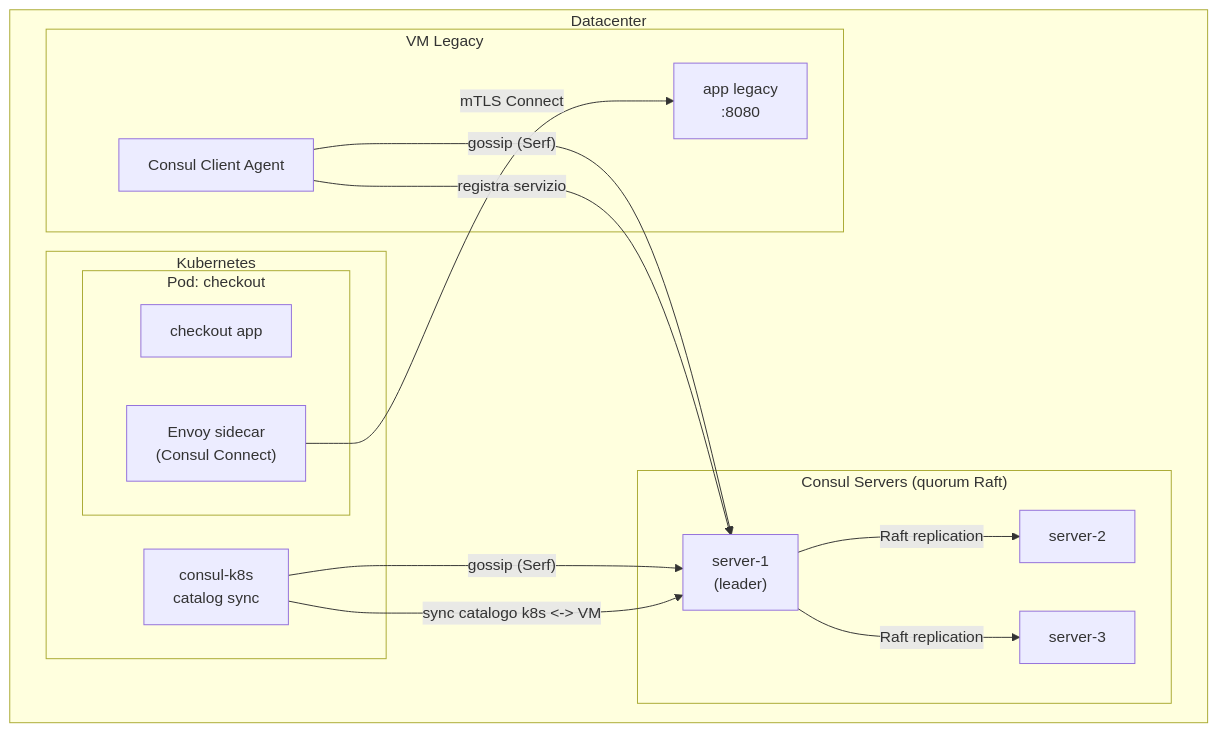
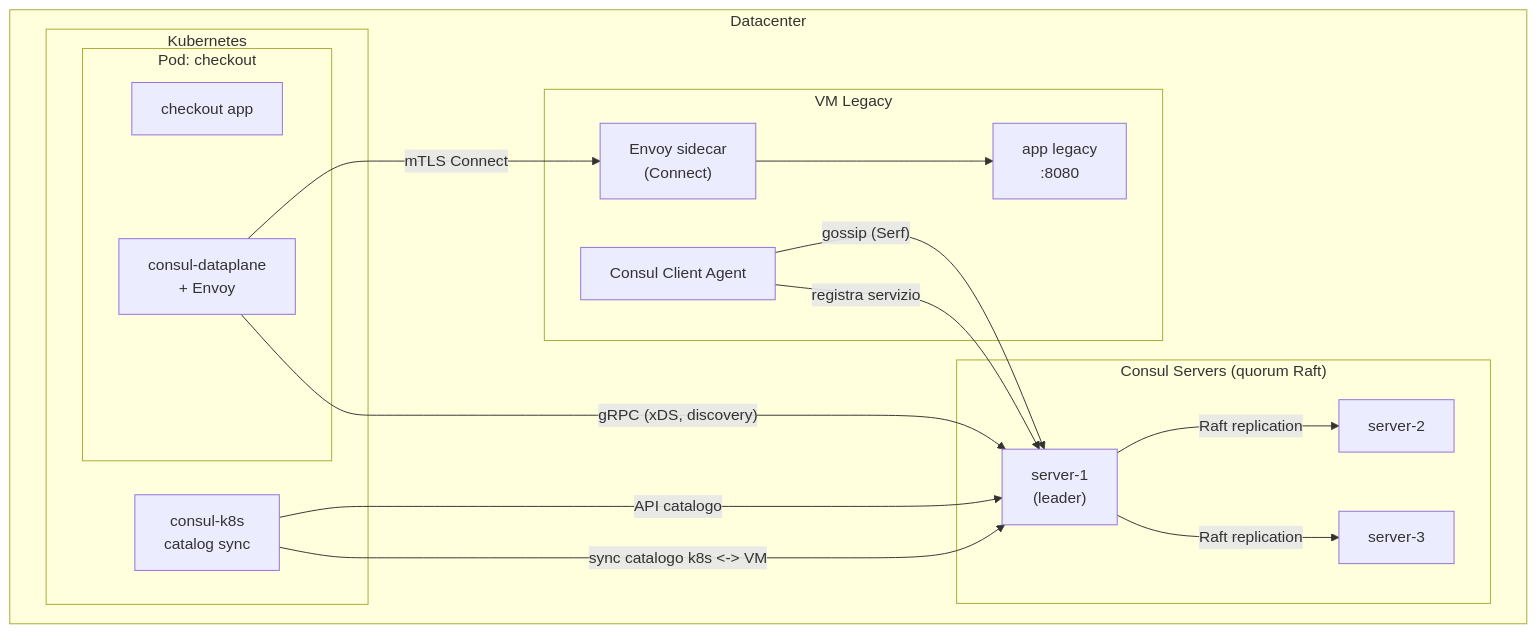
One commit to Tempohh/devops-kb changed the diagram in docs/networking/service-mesh/consul.md. Above: the diagram before and after it, drawn with Mermaid. The commit also changed other lines of this file and 1 other file, not shown here.

Commit message:
kb: review docs/networking/service-mesh/consul.md (auto #870)

````diff
--- a/docs/networking/service-mesh/consul.md
+++ b/docs/networking/service-mesh/consul.md
@@ -52,33 +56,36 @@
 ```mermaid
 graph TB
     subgraph DC["Datacenter"]
         subgraph Servers["Consul Servers (quorum Raft)"]
             s1["server-1\n(leader)"]
             s2["server-2"]
             s3["server-3"]
         end
 
         subgraph VM["VM Legacy"]
             vmapp["app legacy\n:8080"]
+            vmsidecar["Envoy sidecar\n(Connect)"]
             vmagent["Consul Client Agent"]
         end
 
         subgraph K8s["Kubernetes"]
             subgraph PodA["Pod: checkout"]
                 appA["checkout app"]
-                sidecarA["Envoy sidecar\n(Consul Connect)"]
+                sidecarA["consul-dataplane\n+ Envoy"]
             end
             syncns["consul-k8s\ncatalog sync"]
         end
     end
 
     vmagent -- "gossip (Serf)" --> s1
-    syncns -- "gossip (Serf)" --> s1
+    sidecarA -- "gRPC (xDS, discovery)" --> s1
+    syncns -- "API catalogo" --> s1
     s1 -- "Raft replication" --> s2
     s1 -- "Raft replication" --> s3
 
     vmagent -- "registra servizio" --> s1
     syncns -- "sync catalogo k8s <-> VM" --> s1
 
-    sidecarA -- "mTLS Connect" --> vmapp
+    sidecarA -- "mTLS Connect" --> vmsidecar
+    vmsidecar --> vmapp
 ```
````
